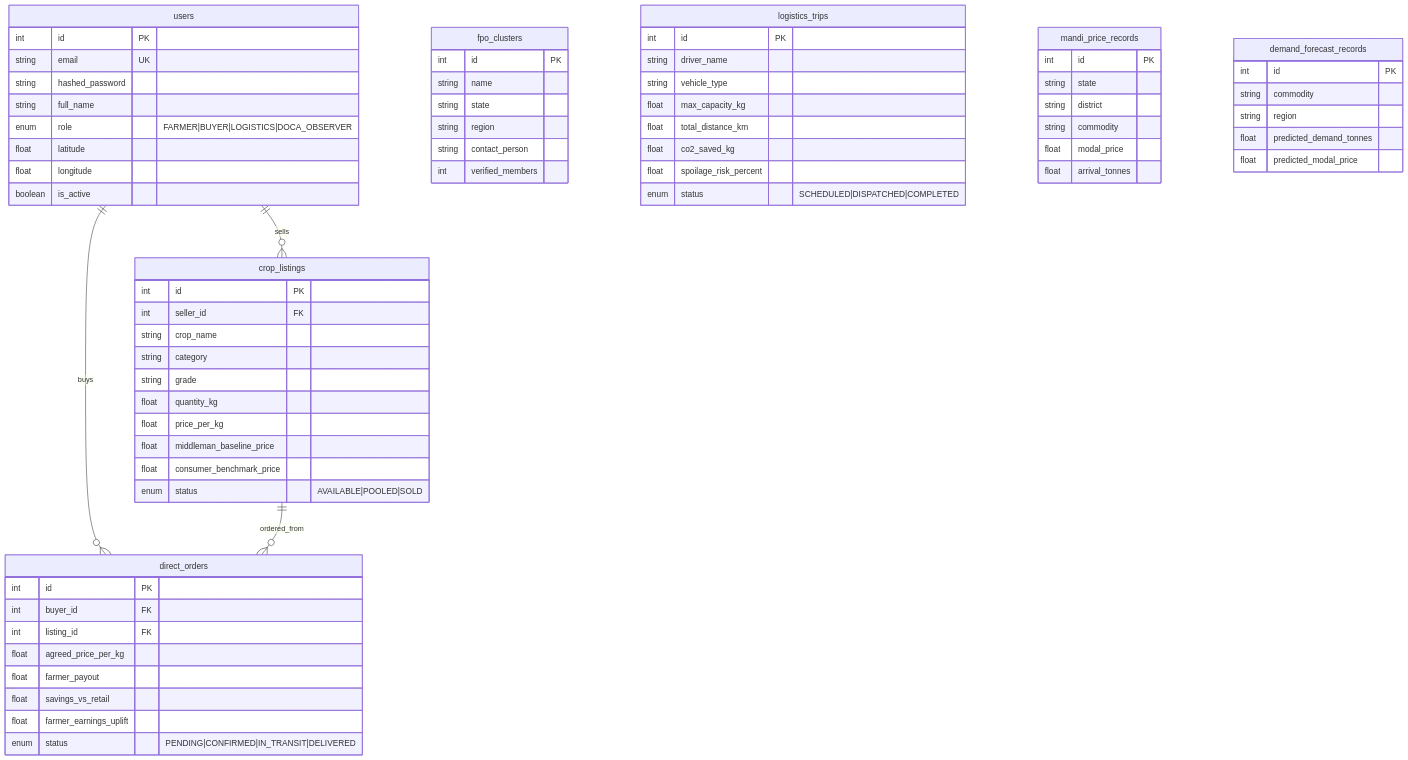
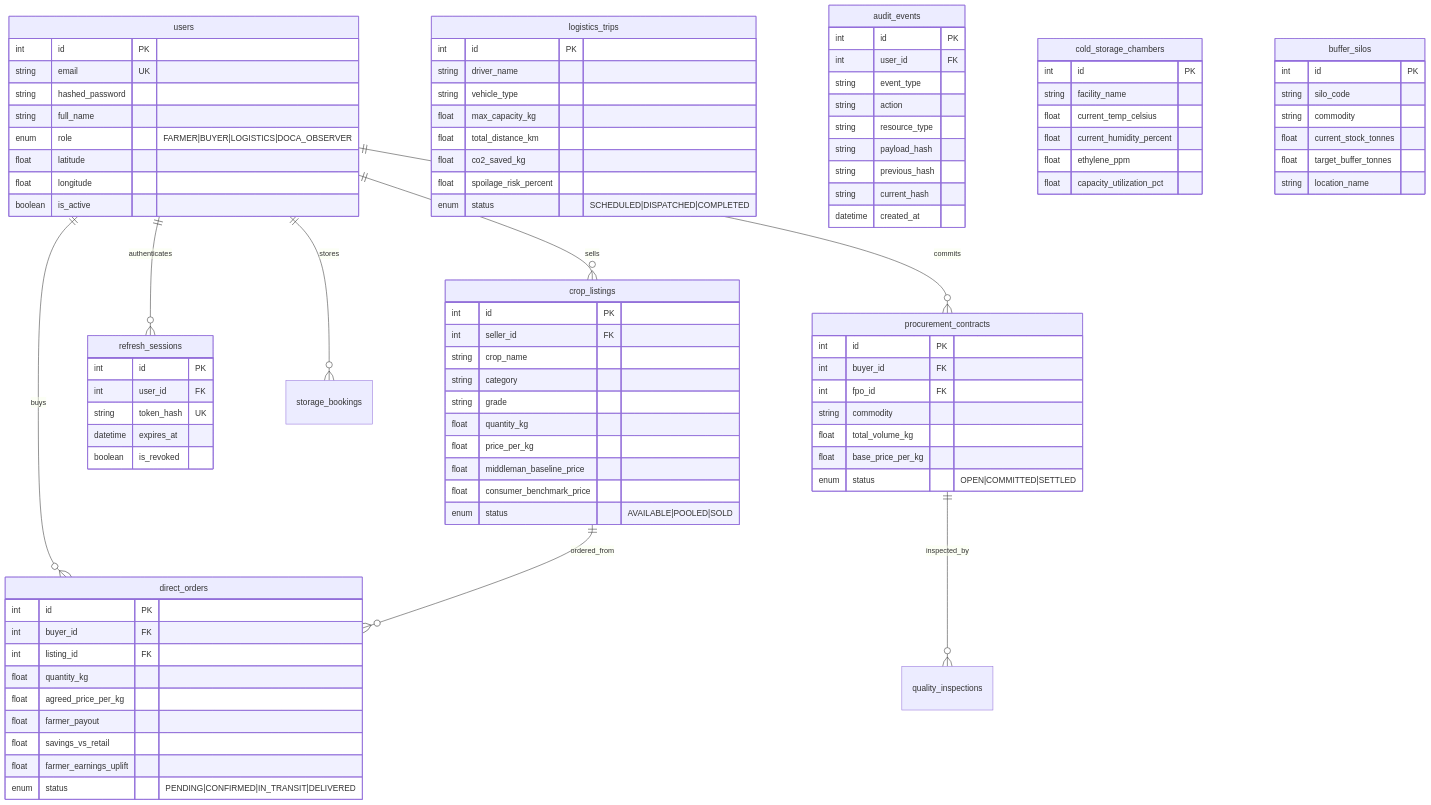
One commit to killerdaku22/Team-Catalyst changed the fourth of 4 diagrams in README.md. Above: the diagram before and after it, drawn with Mermaid. The commit also changed other lines of this file, not shown here.

Commit message:
docs: overhaul README.md to 100% reflect exact current codebase, 11 engines, 14 endpoints, and 16 database models

````diff
--- a/README.md
+++ b/README.md
@@ -335,7 +242,11 @@
 erDiagram
     users ||--o{ crop_listings : "sells"
     users ||--o{ direct_orders : "buys"
+    users ||--o{ refresh_sessions : "authenticates"
     crop_listings ||--o{ direct_orders : "ordered_from"
+    users ||--o{ storage_bookings : "stores"
+    users ||--o{ procurement_contracts : "commits"
+    procurement_contracts ||--o{ quality_inspections : "inspected_by"
 
     users {
         int id PK
@@ -348,13 +259,12 @@
         boolean is_active
     }
 
-    fpo_clusters {
+    refresh_sessions {
         int id PK
-        string name
-        string state
-        string region
-        string contact_person
-        int verified_members
+        int user_id FK
+        string token_hash UK
+        datetime expires_at
+        boolean is_revoked
     }
 
     crop_listings {
@@ -374,6 +284,7 @@
         int id PK
         int buyer_id FK
         int listing_id FK
+        float quantity_kg
         float agreed_price_per_kg
         float farmer_payout
         float savings_vs_retail
@@ -392,20 +303,43 @@
         enum status "SCHEDULED|DISPATCHED|COMPLETED"
     }
 
-    mandi_price_records {
+    audit_events {
         int id PK
-        string state
-        string district
-        string commodity
-        float modal_price
-        float arrival_tonnes
+        int user_id FK
+        string event_type
+        string action
+        string resource_type
+        string payload_hash
+        string previous_hash
+        string current_hash
+        datetime created_at
     }
 
-    demand_forecast_records {
+    procurement_contracts {
         int id PK
+        int buyer_id FK
+        int fpo_id FK
         string commodity
-        string region
-        float predicted_demand_tonnes
-        float predicted_modal_price
+        float total_volume_kg
+        float base_price_per_kg
+        enum status "OPEN|COMMITTED|SETTLED"
+    }
+
+    cold_storage_chambers {
+        int id PK
+        string facility_name
+        float current_temp_celsius
+        float current_humidity_percent
+        float ethylene_ppm
+        float capacity_utilization_pct
+    }
+
+    buffer_silos {
+        int id PK
+        string silo_code
+        string commodity
+        float current_stock_tonnes
+        float target_buffer_tonnes
+        string location_name
     }
 ```
````
